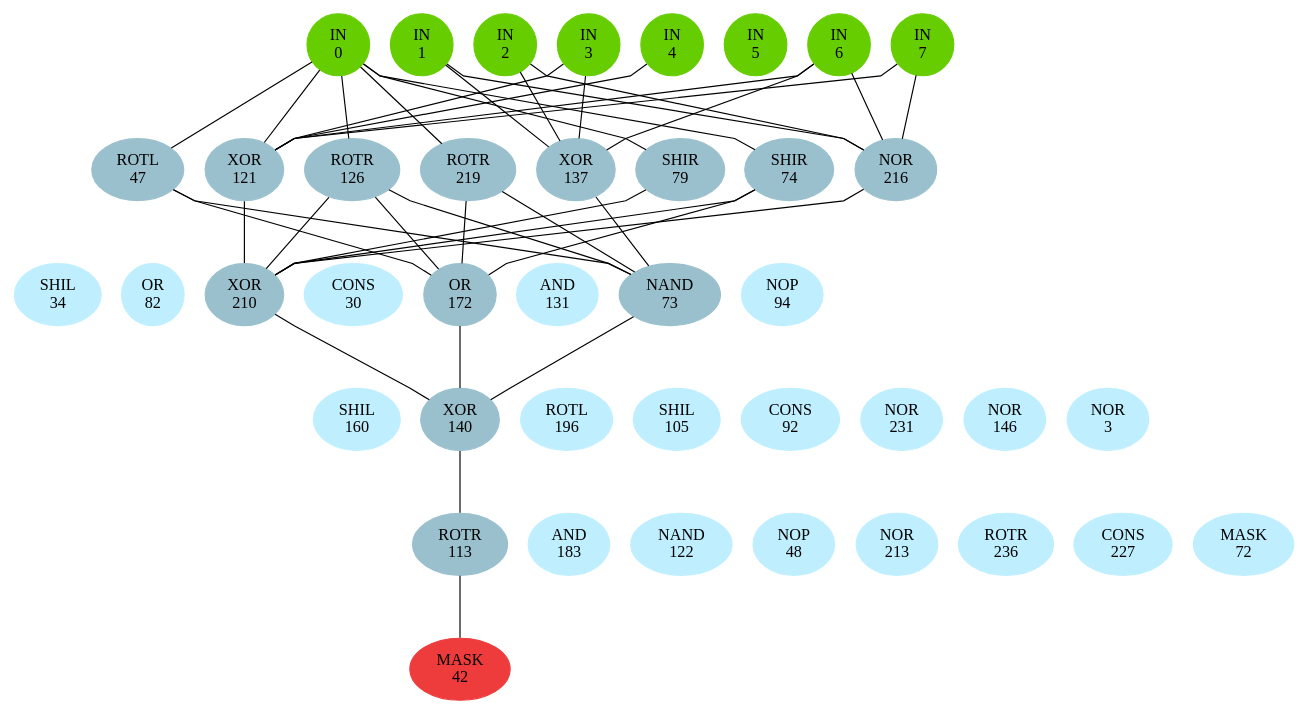
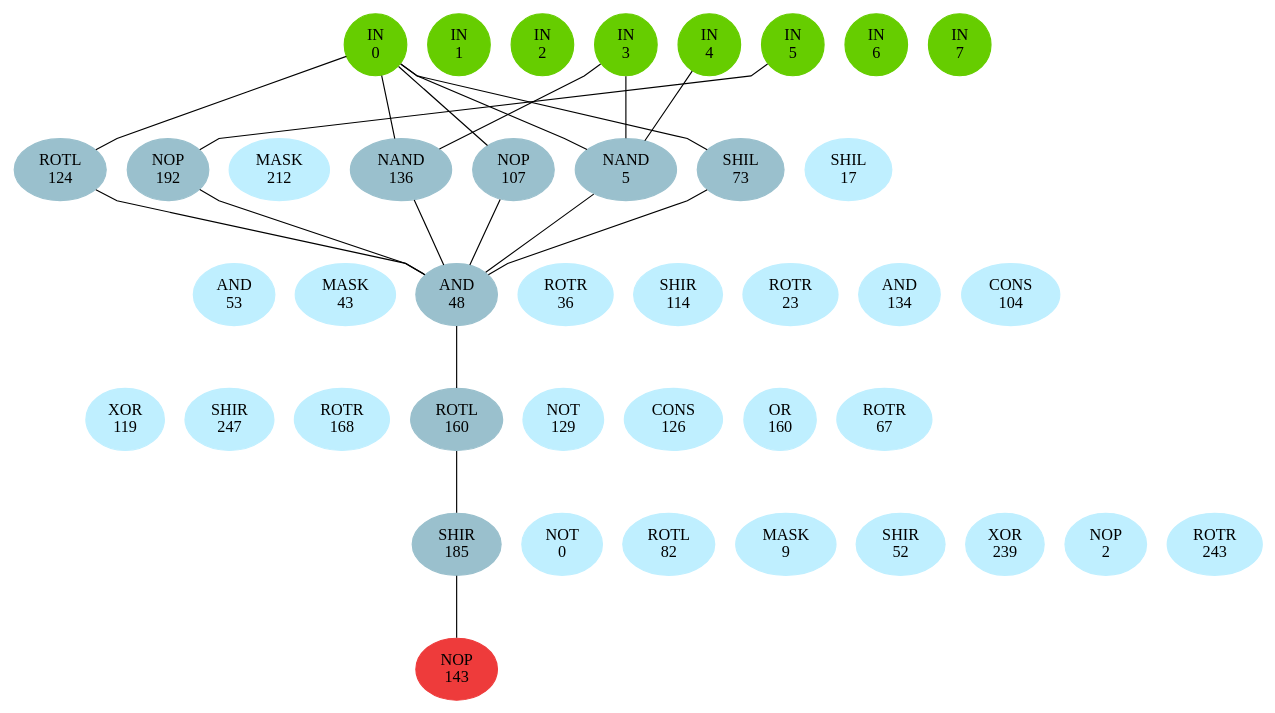
The diagram in experiments/single-sol/tea/1/pruned_circuit.dot (Bender250/master-thesis), drawn with Graphviz before and after one commit. The commit also changed 727 other files, not shown here.

```diff
--- a/experiments/single-sol/tea/1/pruned_circuit.dot
+++ b/experiments/single-sol/tea/1/pruned_circuit.dot
@@ -1,146 +1,128 @@
 graph EACircuit {
 rankdir=BT;
 ranksep=0.75;
 ordering=out;
 splines=polyline;
 node [style=filled, color=lightblue2];
 
 { rank=same;
 node [color=chartreuse3];
 "-1_0"[label="IN\n0"];
 node [color=chartreuse3];
 "-1_1"[label="IN\n1"];
 node [color=chartreuse3];
 "-1_2"[label="IN\n2"];
 node [color=chartreuse3];
 "-1_3"[label="IN\n3"];
 node [color=chartreuse3];
 "-1_4"[label="IN\n4"];
 node [color=chartreuse3];
 "-1_5"[label="IN\n5"];
 node [color=chartreuse3];
 "-1_6"[label="IN\n6"];
 node [color=chartreuse3];
 "-1_7"[label="IN\n7"];
 }
 { rank=same;
 node [color=lightblue3];
-"0_0"[label="ROTL\n47"];
+"0_0"[label="ROTL\n124"];
 node [color=lightblue3];
-"0_1"[label="XOR\n121"];
+"0_1"[label="NOP\n192"];
+node [color=lightblue1];
+"0_2"[label="MASK\n212"];
 node [color=lightblue3];
-"0_2"[label="ROTR\n126"];
+"0_3"[label="NAND\n136"];
 node [color=lightblue3];
-"0_3"[label="ROTR\n219"];
+"0_4"[label="NOP\n107"];
 node [color=lightblue3];
-"0_4"[label="XOR\n137"];
+"0_5"[label="NAND\n5"];
 node [color=lightblue3];
-"0_5"[label="SHIR\n79"];
-node [color=lightblue3];
-"0_6"[label="SHIR\n74"];
-node [color=lightblue3];
-"0_7"[label="NOR\n216"];
+"0_6"[label="SHIL\n73"];
+node [color=lightblue1];
+"0_7"[label="SHIL\n17"];
 }
 { rank=same;
 node [color=lightblue1];
-"1_0"[label="SHIL\n34"];
+"1_0"[label="AND\n53"];
 node [color=lightblue1];
-"1_1"[label="OR\n82"];
+"1_1"[label="MASK\n43"];
 node [color=lightblue3];
-"1_2"[label="XOR\n210"];
+"1_2"[label="AND\n48"];
 node [color=lightblue1];
-"1_3"[label="CONS\n30"];
-node [color=lightblue3];
-"1_4"[label="OR\n172"];
+"1_3"[label="ROTR\n36"];
 node [color=lightblue1];
-"1_5"[label="AND\n131"];
-node [color=lightblue3];
-"1_6"[label="NAND\n73"];
+"1_4"[label="SHIR\n114"];
 node [color=lightblue1];
-"1_7"[label="NOP\n94"];
+"1_5"[label="ROTR\n23"];
+node [color=lightblue1];
+"1_6"[label="AND\n134"];
+node [color=lightblue1];
+"1_7"[label="CONS\n104"];
 }
 { rank=same;
 node [color=lightblue1];
-"2_0"[label="SHIL\n160"];
+"2_0"[label="XOR\n119"];
+node [color=lightblue1];
+"2_1"[label="SHIR\n247"];
+node [color=lightblue1];
+"2_2"[label="ROTR\n168"];
 node [color=lightblue3];
-"2_1"[label="XOR\n140"];
+"2_3"[label="ROTL\n160"];
 node [color=lightblue1];
-"2_2"[label="ROTL\n196"];
+"2_4"[label="NOT\n129"];
 node [color=lightblue1];
-"2_3"[label="SHIL\n105"];
+"2_5"[label="CONS\n126"];
 node [color=lightblue1];
-"2_4"[label="CONS\n92"];
+"2_6"[label="OR\n160"];
 node [color=lightblue1];
-"2_5"[label="NOR\n231"];
-node [color=lightblue1];
-"2_6"[label="NOR\n146"];
-node [color=lightblue1];
-"2_7"[label="NOR\n3"];
+"2_7"[label="ROTR\n67"];
 }
 { rank=same;
 node [color=lightblue3];
-"3_0"[label="ROTR\n113"];
+"3_0"[label="SHIR\n185"];
 node [color=lightblue1];
-"3_1"[label="AND\n183"];
+"3_1"[label="NOT\n0"];
 node [color=lightblue1];
-"3_2"[label="NAND\n122"];
+"3_2"[label="ROTL\n82"];
 node [color=lightblue1];
-"3_3"[label="NOP\n48"];
+"3_3"[label="MASK\n9"];
 node [color=lightblue1];
-"3_4"[label="NOR\n213"];
+"3_4"[label="SHIR\n52"];
 node [color=lightblue1];
-"3_5"[label="ROTR\n236"];
+"3_5"[label="XOR\n239"];
 node [color=lightblue1];
-"3_6"[label="CONS\n227"];
+"3_6"[label="NOP\n2"];
 node [color=lightblue1];
-"3_7"[label="MASK\n72"];
+"3_7"[label="ROTR\n243"];
 }
 { rank=same;
 node [color=brown2];
-"4_0"[label="MASK\n42"];
+"4_0"[label="NOP\n143"];
 }
 edge[style=invis];
 "-1_0" -- "-1_1" -- "-1_2" -- "-1_3" -- "-1_4" -- "-1_5" -- "-1_6" -- "-1_7";
 "0_0" -- "0_1" -- "0_2" -- "0_3" -- "0_4" -- "0_5" -- "0_6" -- "0_7";
 "1_0" -- "1_1" -- "1_2" -- "1_3" -- "1_4" -- "1_5" -- "1_6" -- "1_7";
 "2_0" -- "2_1" -- "2_2" -- "2_3" -- "2_4" -- "2_5" -- "2_6" -- "2_7";
 "3_0" -- "3_1" -- "3_2" -- "3_3" -- "3_4" -- "3_5" -- "3_6" -- "3_7";
 "4_0" -- "4_0";
 edge[style=solid];
 "0_0" -- "-1_0";
-"0_1" -- "-1_0";
-"0_1" -- "-1_3";
-"0_1" -- "-1_4";
-"0_1" -- "-1_6";
-"0_1" -- "-1_7";
-"0_2" -- "-1_0";
+"0_1" -- "-1_5";
 "0_3" -- "-1_0";
-"0_4" -- "-1_1";
-"0_4" -- "-1_2";
-"0_4" -- "-1_3";
-"0_4" -- "-1_6";
+"0_3" -- "-1_3";
+"0_4" -- "-1_0";
 "0_5" -- "-1_0";
+"0_5" -- "-1_3";
+"0_5" -- "-1_4";
 "0_6" -- "-1_0";
-"0_7" -- "-1_1";
-"0_7" -- "-1_2";
-"0_7" -- "-1_6";
-"0_7" -- "-1_7";
+"1_2" -- "0_0";
 "1_2" -- "0_1";
-"1_2" -- "0_2";
+"1_2" -- "0_3";
+"1_2" -- "0_4";
 "1_2" -- "0_5";
 "1_2" -- "0_6";
-"1_2" -- "0_7";
-"1_4" -- "0_0";
-"1_4" -- "0_2";
-"1_4" -- "0_3";
-"1_4" -- "0_6";
-"1_6" -- "0_0";
-"1_6" -- "0_2";
-"1_6" -- "0_3";
-"1_6" -- "0_4";
-"2_1" -- "1_2";
-"2_1" -- "1_4";
-"2_1" -- "1_6";
-"3_0" -- "2_1";
+"2_3" -- "1_2";
+"3_0" -- "2_3";
 "4_0" -- "3_0";
 }
```
